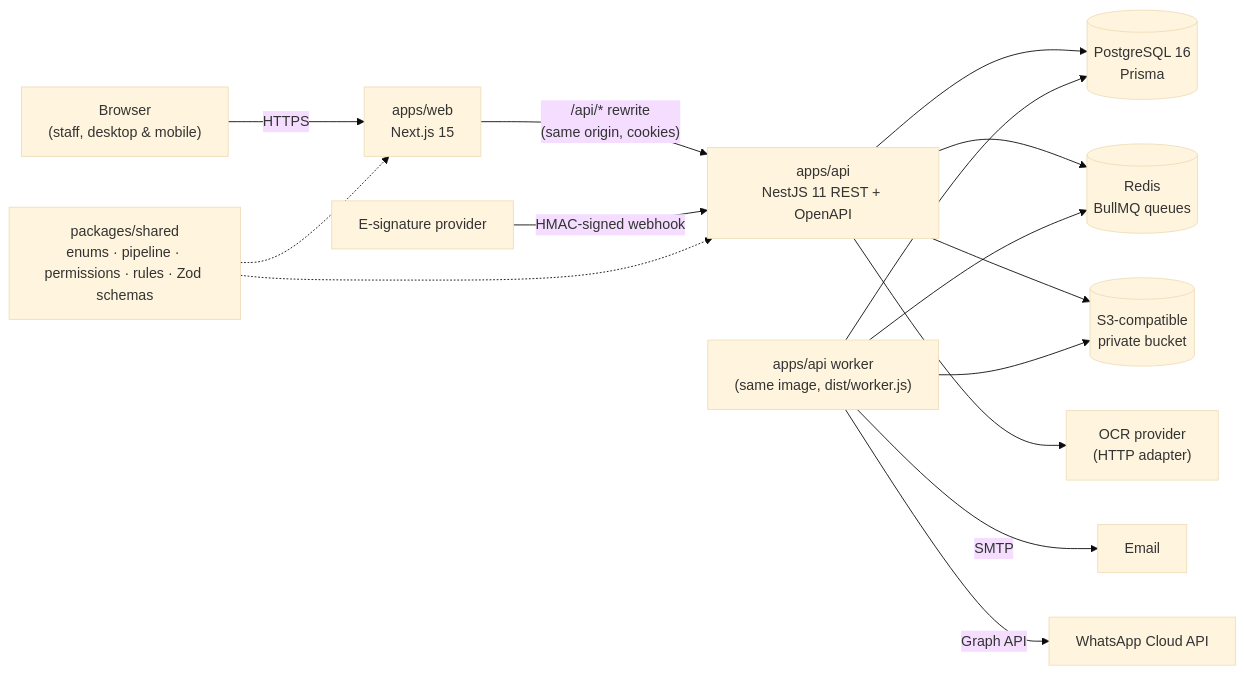
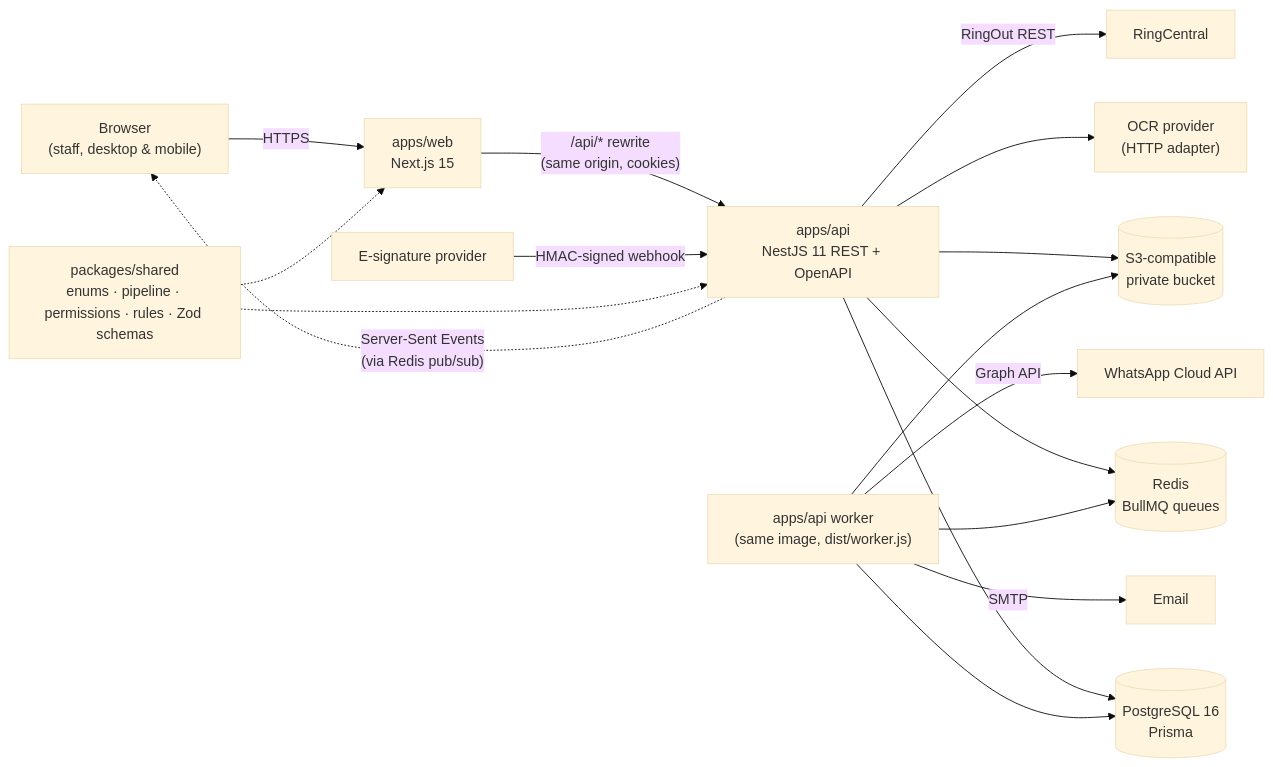
The first of 2 diagrams in docs/architecture.md (leoideate/utilityoptamizer-), drawn with Mermaid (base theme) before and after one commit. The commit also changed other lines of this file and 46 other files, not shown here.

First line of the commit message:
Add internal chat and RingCentral click-to-call

````diff
--- a/docs/architecture.md
+++ b/docs/architecture.md
@@ -5,17 +5,19 @@
 ```mermaid
 flowchart LR
   browser["Browser<br/>(staff, desktop & mobile)"] -->|HTTPS| web["apps/web<br/>Next.js 15"]
   web -->|"/api/* rewrite<br/>(same origin, cookies)"| api["apps/api<br/>NestJS 11 REST + OpenAPI"]
   api --> pg[("PostgreSQL 16<br/>Prisma")]
   api --> redis[("Redis<br/>BullMQ queues")]
   api --> s3[("S3-compatible<br/>private bucket")]
   worker["apps/api worker<br/>(same image, dist/worker.js)"] --> pg
   worker --> redis
   worker --> s3
   worker -->|SMTP| mail["Email"]
   worker -->|Graph API| wa["WhatsApp Cloud API"]
   api --> ocr["OCR provider<br/>(HTTP adapter)"]
+  api -->|"RingOut REST"| rc["RingCentral"]
+  api -.->|"Server-Sent Events<br/>(via Redis pub/sub)"| browser
   esign["E-signature provider"] -->|"HMAC-signed webhook"| api
   shared["packages/shared<br/>enums · pipeline · permissions · rules · Zod schemas"] -.-> web
   shared -.-> api
 ```
````
